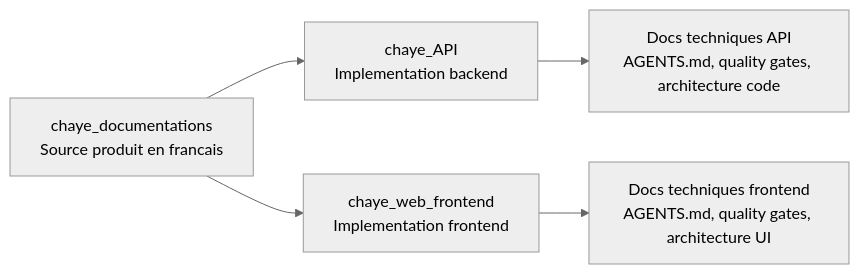
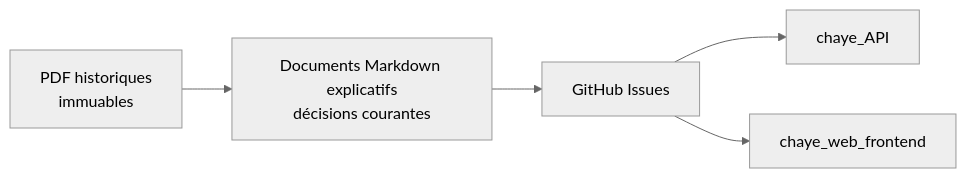
One commit to Chaye-parcel-traveler/chaye_documentations changed the first of 2 diagrams in README.md. Above: the diagram before and after it, drawn with Mermaid (neutral theme). The commit also changed other lines of this file and 16 other files, not shown here.

````diff
--- a/README.md
+++ b/README.md
@@ -26,8 +18,7 @@
 ```mermaid
 flowchart LR
-    Docs["chaye_documentations<br/>Source produit en francais"] --> API["chaye_API<br/>Implementation backend"]
-    Docs --> FE["chaye_web_frontend<br/>Implementation frontend"]
-
-    API --> APIDocs["Docs techniques API<br/>AGENTS.md, quality gates, architecture code"]
-    FE --> FEDocs["Docs techniques frontend<br/>AGENTS.md, quality gates, architecture UI"]
+    PDF["PDF historiques<br/>immuables"] --> Docs["Documents Markdown explicatifs<br/>décisions courantes"]
+    Docs --> Issues["GitHub Issues"]
+    Issues --> API["chaye_API"]
+    Issues --> Frontend["chaye_web_frontend"]
 ```
````
